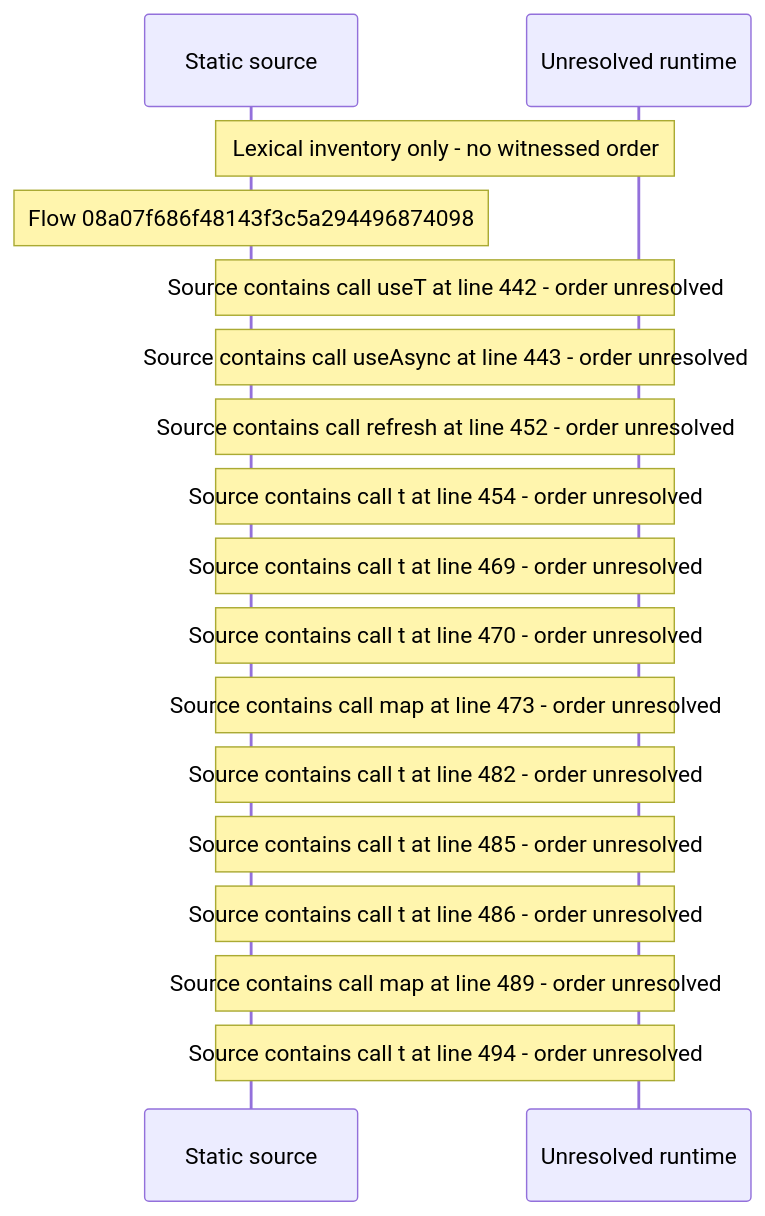
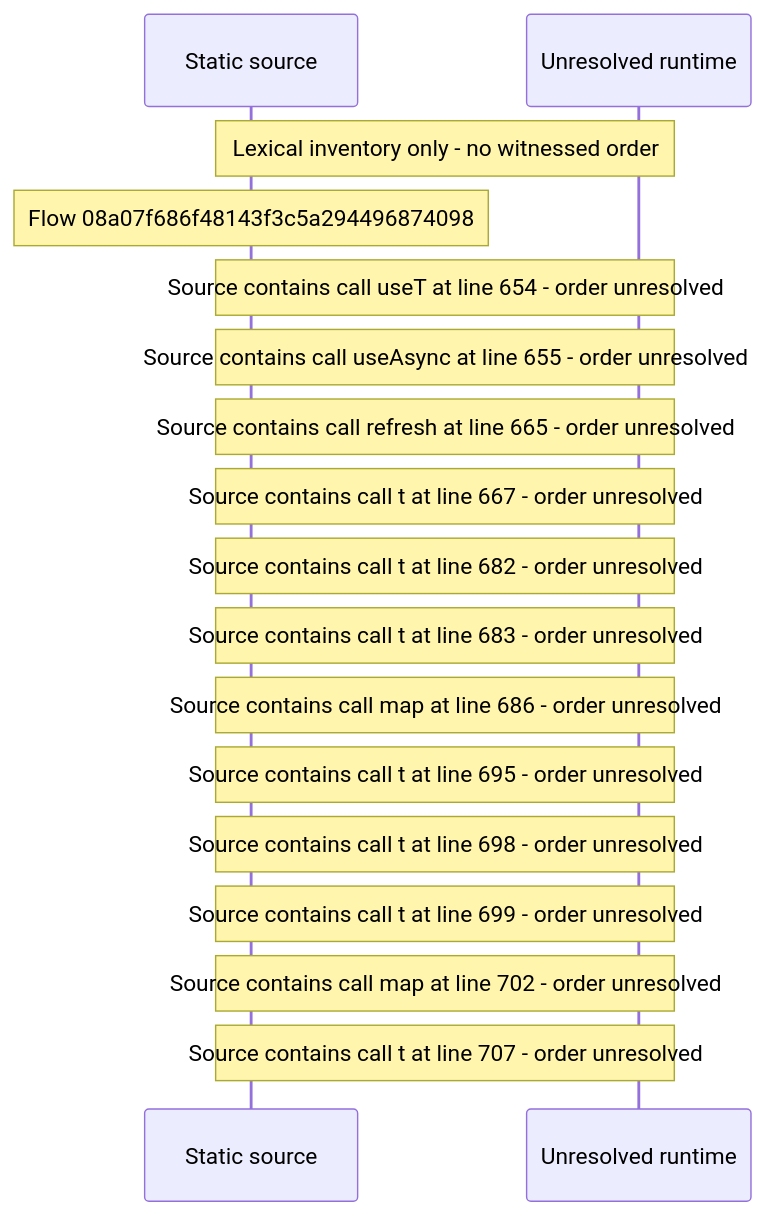
One commit to beamfall/core changed the diagram in docs/web/flows/generated/08a07f686f48143f3c5a294496874098/flow-diagram.md. Above: the diagram before and after it, drawn with Mermaid. The commit also changed other lines of this file and 715 other files, not shown here.

Commit message:
Regenerate the web flow record on the landing stack head (CORE-1762)

````diff
--- a/docs/web/flows/generated/08a07f686f48143f3c5a294496874098/flow-diagram.md
+++ b/docs/web/flows/generated/08a07f686f48143f3c5a294496874098/flow-diagram.md
@@ -10,19 +10,19 @@
 ```mermaid
 sequenceDiagram
     participant S as Static source
     participant U as Unresolved runtime
     Note over S,U: Lexical inventory only - no witnessed order
     Note over S: Flow 08a07f686f48143f3c5a294496874098
-    Note over S,U: Source contains call useT at line 442 - order unresolved
-    Note over S,U: Source contains call useAsync at line 443 - order unresolved
-    Note over S,U: Source contains call refresh at line 452 - order unresolved
-    Note over S,U: Source contains call t at line 454 - order unresolved
-    Note over S,U: Source contains call t at line 469 - order unresolved
-    Note over S,U: Source contains call t at line 470 - order unresolved
-    Note over S,U: Source contains call map at line 473 - order unresolved
-    Note over S,U: Source contains call t at line 482 - order unresolved
-    Note over S,U: Source contains call t at line 485 - order unresolved
-    Note over S,U: Source contains call t at line 486 - order unresolved
-    Note over S,U: Source contains call map at line 489 - order unresolved
-    Note over S,U: Source contains call t at line 494 - order unresolved
+    Note over S,U: Source contains call useT at line 654 - order unresolved
+    Note over S,U: Source contains call useAsync at line 655 - order unresolved
+    Note over S,U: Source contains call refresh at line 665 - order unresolved
+    Note over S,U: Source contains call t at line 667 - order unresolved
+    Note over S,U: Source contains call t at line 682 - order unresolved
+    Note over S,U: Source contains call t at line 683 - order unresolved
+    Note over S,U: Source contains call map at line 686 - order unresolved
+    Note over S,U: Source contains call t at line 695 - order unresolved
+    Note over S,U: Source contains call t at line 698 - order unresolved
+    Note over S,U: Source contains call t at line 699 - order unresolved
+    Note over S,U: Source contains call map at line 702 - order unresolved
+    Note over S,U: Source contains call t at line 707 - order unresolved
 ```
````
